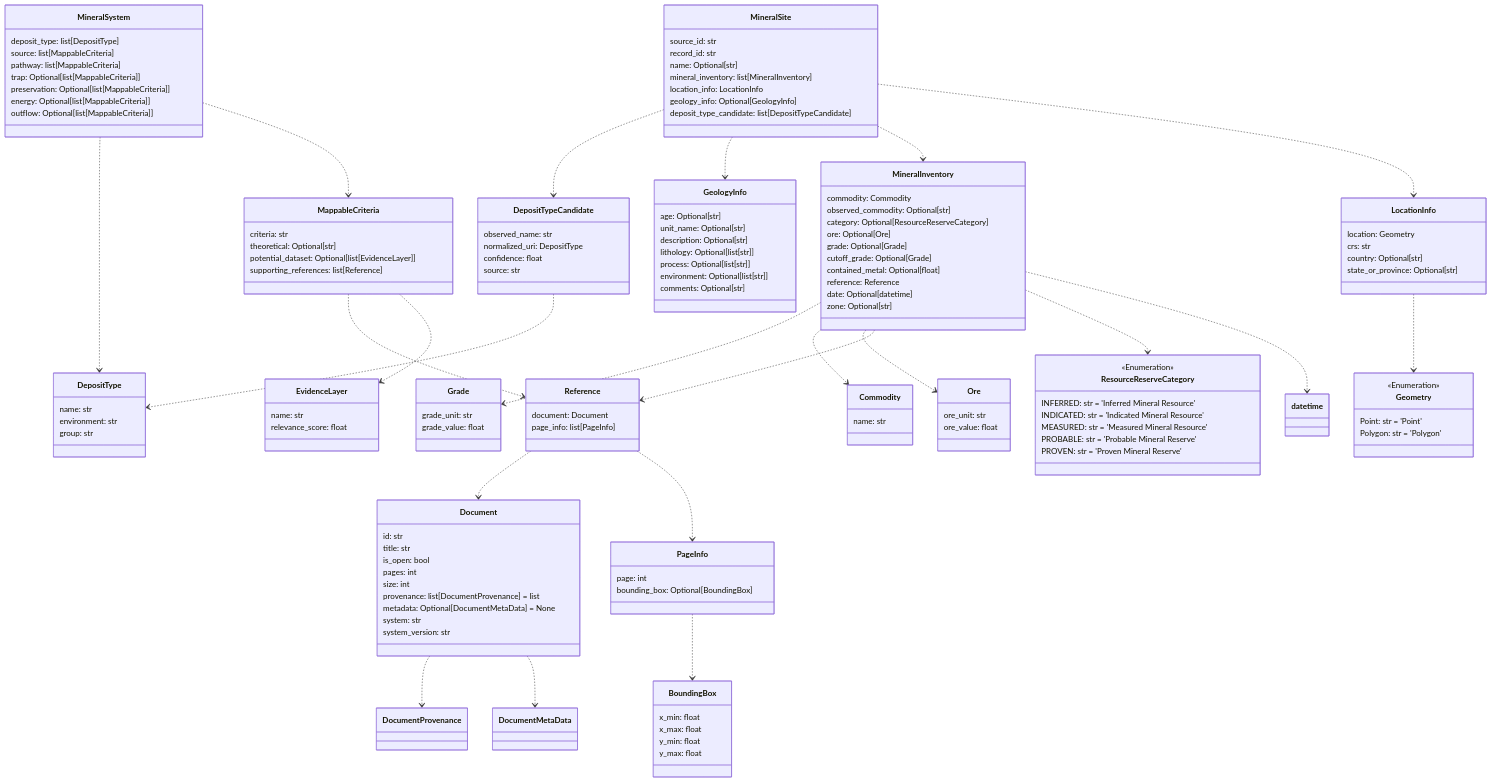
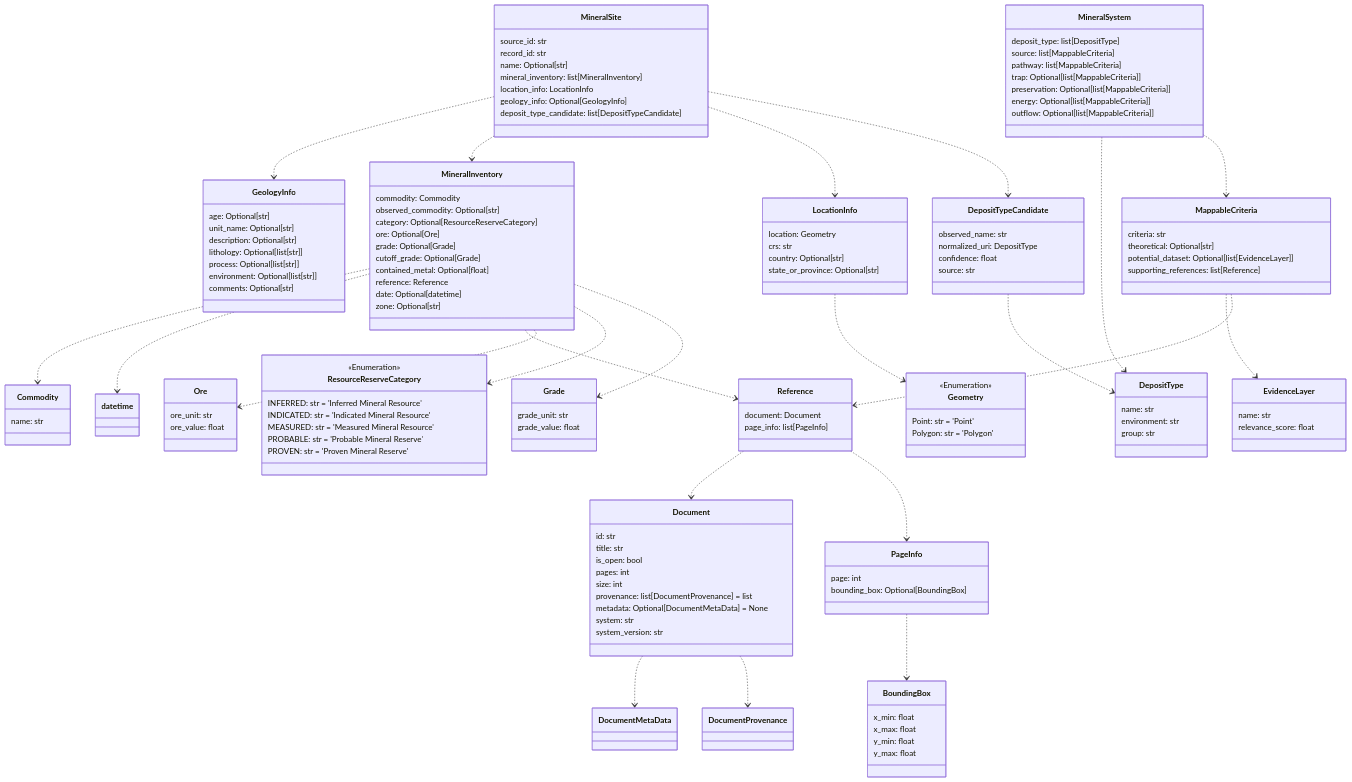
Before and after one commit to DARPA-CRITICALMAAS/cdr_schemas: the tenth of 12 diagrams in README.md, drawn with Mermaid. The commit also changed other lines of this file and 2 other files, not shown here.

````diff
--- a/README.md
+++ b/README.md
@@ -695,19 +697,16 @@
 ```mermaid
 classDiagram
 
-    class PageInfo {
-        page: int
-        bounding_box: Optional[BoundingBox]
+    class DepositTypeCandidate {
+        observed_name: str
+        normalized_uri: DepositType
+        confidence: float
+        source: str
     }
 
-    class EvidenceLayer {
-        name: str
-        relevance_score: float
-    }
-
-    class Reference {
-        document: Document
-        page_info: list[PageInfo]
+    class Grade {
+        grade_unit: str
+        grade_value: float
     }
 
     class MineralSystem {
@@ -720,6 +719,17 @@
         outflow: Optional[list[MappableCriteria]]
     }
 
+    class Geometry {
+        <<Enumeration>>
+        Point: str = 'Point'
+        Polygon: str = 'Polygon'
+    }
+
+    class PageInfo {
+        page: int
+        bounding_box: Optional[BoundingBox]
+    }
+
     class ResourceReserveCategory {
         <<Enumeration>>
         INFERRED: str = 'Inferred Mineral Resource'
@@ -729,11 +739,23 @@
         PROVEN: str = 'Proven Mineral Reserve'
     }
 
-    class DepositTypeCandidate {
-        observed_name: str
-        normalized_uri: DepositType
-        confidence: float
-        source: str
+    class Reference {
+        document: Document
+        page_info: list[PageInfo]
+    }
+
+    class Commodity {
+        name: str
+    }
+
+    class GeologyInfo {
+        age: Optional[str]
+        unit_name: Optional[str]
+        description: Optional[str]
+        lithology: Optional[list[str]]
+        process: Optional[list[str]]
+        environment: Optional[list[str]]
+        comments: Optional[str]
     }
 
     class MappableCriteria {
@@ -741,11 +763,6 @@
         theoretical: Optional[str]
         potential_dataset: Optional[list[EvidenceLayer]]
         supporting_references: list[Reference]
-    }
-
-    class Ore {
-        ore_unit: str
-        ore_value: float
     }
 
     class MineralSite {
@@ -758,9 +775,9 @@
         deposit_type_candidate: list[DepositTypeCandidate]
     }
 
-    class Grade {
-        grade_unit: str
-        grade_value: float
+    class Ore {
+        ore_unit: str
+        ore_value: float
     }
 
     class Document {
@@ -775,14 +792,29 @@
         system_version: str
     }
 
-    class GeologyInfo {
-        age: Optional[str]
-        unit_name: Optional[str]
-        description: Optional[str]
-        lithology: Optional[list[str]]
-        process: Optional[list[str]]
-        environment: Optional[list[str]]
-        comments: Optional[str]
+    class EvidenceLayer {
+        name: str
+        relevance_score: float
+    }
+
+    class DepositType {
+        name: str
+        environment: str
+        group: str
+    }
+
+    class LocationInfo {
+        location: Geometry
+        crs: str
+        country: Optional[str]
+        state_or_province: Optional[str]
+    }
+
+    class BoundingBox {
+        x_min: float
+        x_max: float
+        y_min: float
+        y_max: float
     }
 
     class MineralInventory {
@@ -798,57 +830,27 @@
         zone: Optional[str]
     }
 
-    class DepositType {
-        name: str
-        environment: str
-        group: str
-    }
-
-    class LocationInfo {
-        location: Geometry
-        crs: str
-        country: Optional[str]
-        state_or_province: Optional[str]
-    }
-
-    class Commodity {
-        name: str
-    }
-
-    class BoundingBox {
-        x_min: float
-        x_max: float
-        y_min: float
-        y_max: float
-    }
-
-    class Geometry {
-        <<Enumeration>>
-        Point: str = 'Point'
-        Polygon: str = 'Polygon'
-    }
-
+    Document ..> DocumentProvenance
     Document ..> DocumentMetaData
-    Document ..> DocumentProvenance
     DepositTypeCandidate ..> DepositType
     PageInfo ..> BoundingBox
     Reference ..> PageInfo
     Reference ..> Document
+    MappableCriteria ..> Reference
     MappableCriteria ..> EvidenceLayer
-    MappableCriteria ..> Reference
     MineralSystem ..> MappableCriteria
     MineralSystem ..> DepositType
+    MineralInventory ..> Grade
+    MineralInventory ..> ResourceReserveCategory
+    MineralInventory ..> Ore
+    MineralInventory ..> Reference
     MineralInventory ..> datetime
-    MineralInventory ..> ResourceReserveCategory
-    MineralInventory ..> Reference
-    MineralInventory ..> Ore
     MineralInventory ..> Commodity
-    MineralInventory ..> Grade
     LocationInfo ..> Geometry
+    MineralSite ..> DepositTypeCandidate
     MineralSite ..> LocationInfo
     MineralSite ..> MineralInventory
     MineralSite ..> GeologyInfo
-    MineralSite ..> DepositTypeCandidate
 
 
 ```
````
